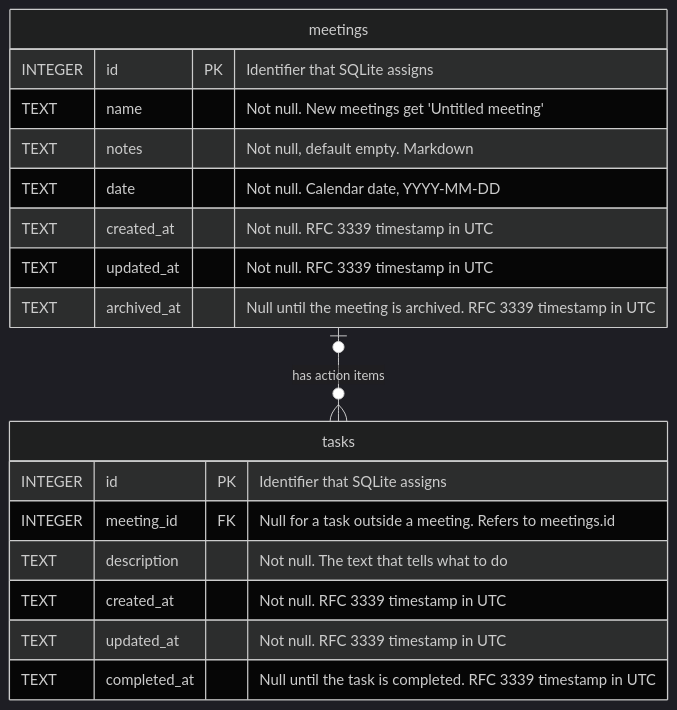
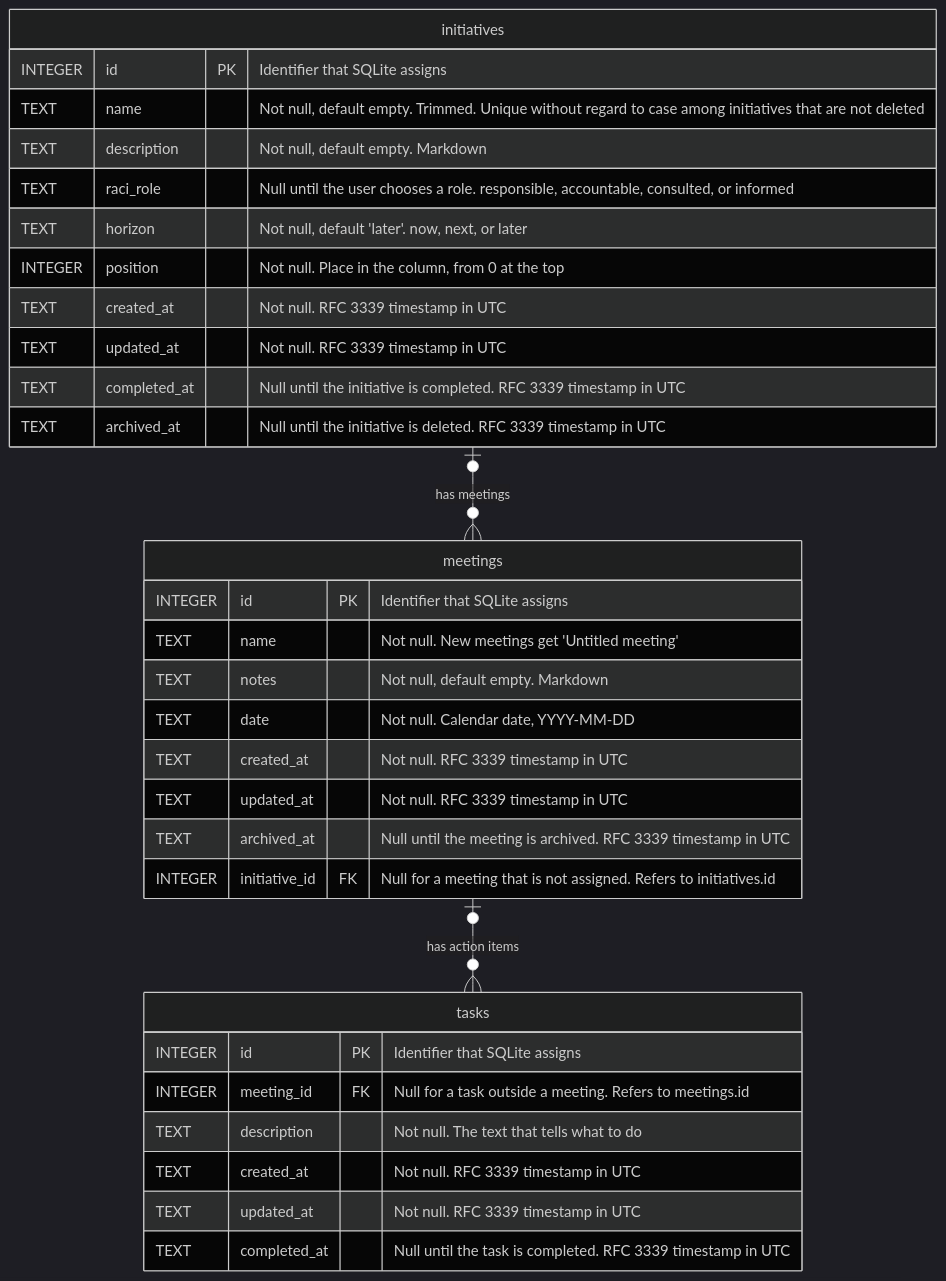
The diagram in docs/data-model.md (marclove/gps), drawn with Mermaid (dark theme) before and after one commit. The commit also changed other lines of this file and 4 other files, not shown here.

First line of the commit message:
Store initiatives on a roadmap and add the initiative commands

````diff
--- a/docs/data-model.md
+++ b/docs/data-model.md
@@ -5,21 +5,35 @@
 ```mermaid
 erDiagram
     meetings {
         INTEGER id PK "Identifier that SQLite assigns"
         TEXT name "Not null. New meetings get 'Untitled meeting'"
         TEXT notes "Not null, default empty. Markdown"
         TEXT date "Not null. Calendar date, YYYY-MM-DD"
         TEXT created_at "Not null. RFC 3339 timestamp in UTC"
         TEXT updated_at "Not null. RFC 3339 timestamp in UTC"
         TEXT archived_at "Null until the meeting is archived. RFC 3339 timestamp in UTC"
+        INTEGER initiative_id FK "Null for a meeting that is not assigned. Refers to initiatives.id"
     }
     tasks {
         INTEGER id PK "Identifier that SQLite assigns"
         INTEGER meeting_id FK "Null for a task outside a meeting. Refers to meetings.id"
         TEXT description "Not null. The text that tells what to do"
         TEXT created_at "Not null. RFC 3339 timestamp in UTC"
         TEXT updated_at "Not null. RFC 3339 timestamp in UTC"
         TEXT completed_at "Null until the task is completed. RFC 3339 timestamp in UTC"
     }
+    initiatives {
+        INTEGER id PK "Identifier that SQLite assigns"
+        TEXT name "Not null, default empty. Trimmed. Unique without regard to case among initiatives that are not deleted"
+        TEXT description "Not null, default empty. Markdown"
+        TEXT raci_role "Null until the user chooses a role. responsible, accountable, consulted, or informed"
+        TEXT horizon "Not null, default 'later'. now, next, or later"
+        INTEGER position "Not null. Place in the column, from 0 at the top"
+        TEXT created_at "Not null. RFC 3339 timestamp in UTC"
+        TEXT updated_at "Not null. RFC 3339 timestamp in UTC"
+        TEXT completed_at "Null until the initiative is completed. RFC 3339 timestamp in UTC"
+        TEXT archived_at "Null until the initiative is deleted. RFC 3339 timestamp in UTC"
+    }
     meetings |o--o{ tasks : "has action items"
+    initiatives |o--o{ meetings : "has meetings"
 ```
````
